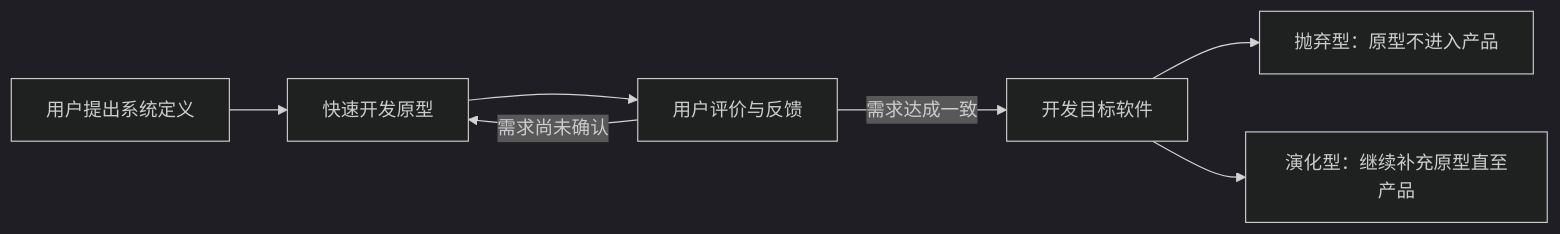
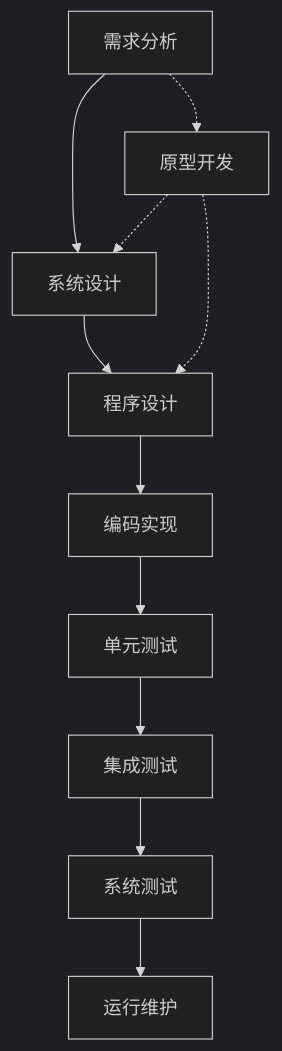
Before and after one commit to YoungHong1992/ruankao-senior-architecture-designer: the second of 7 diagrams in 01.系统架构设计师教材-清洗版/第05章-软件工程基础知识.md, drawn with Mermaid (dark theme). The commit also changed other lines of this file and 14 other files, not shown here.

Commit message:
fix: restore source-backed diagrams and exam variants

````diff
--- a/01.系统架构设计师教材-清洗版/第05章-软件工程基础知识.md
+++ b/01.系统架构设计师教材-清洗版/第05章-软件工程基础知识.md
@@ -74,9 +76,14 @@
 ```mermaid
-flowchart LR
-    Definition["用户提出系统定义"] --> Prototype["快速开发原型"]
-    Prototype --> Evaluation["用户评价与反馈"]
-    Evaluation -->|"需求尚未确认"| Prototype
-    Evaluation -->|"需求达成一致"| Target["开发目标软件"]
-    Target --> Throwaway["抛弃型：原型不进入产品"]
-    Target --> Evolutionary["演化型：继续补充原型直至产品"]
+flowchart TB
+    Requirements["需求分析"] --> SystemDesign["系统设计"]
+    SystemDesign --> ProgramDesign["程序设计"]
+    ProgramDesign --> Coding["编码实现"]
+    Coding --> UnitTest["单元测试"]
+    UnitTest --> IntegrationTest["集成测试"]
+    IntegrationTest --> SystemTest["系统测试"]
+    SystemTest --> Operation["运行维护"]
+
+    Requirements -.-> Prototype["原型开发"]
+    Prototype -.-> SystemDesign
+    Prototype -.-> ProgramDesign
 ```
````
